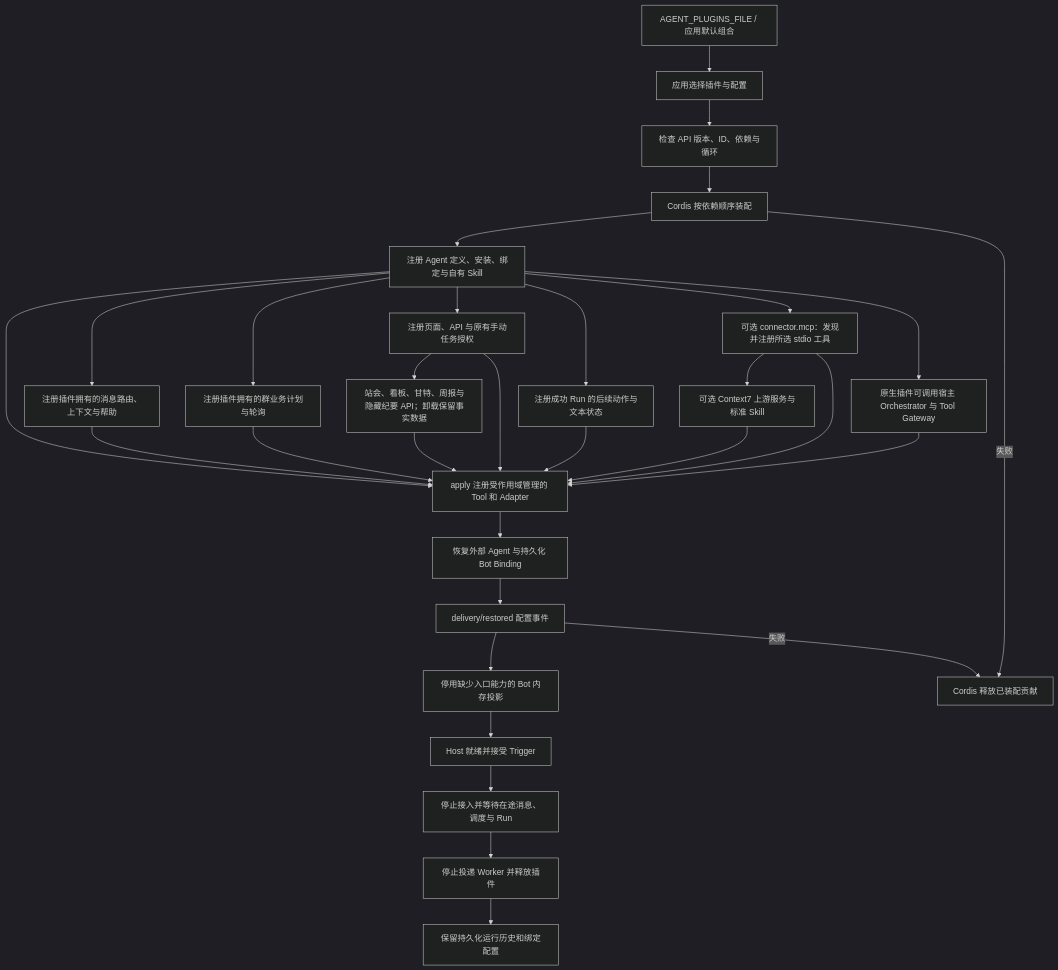
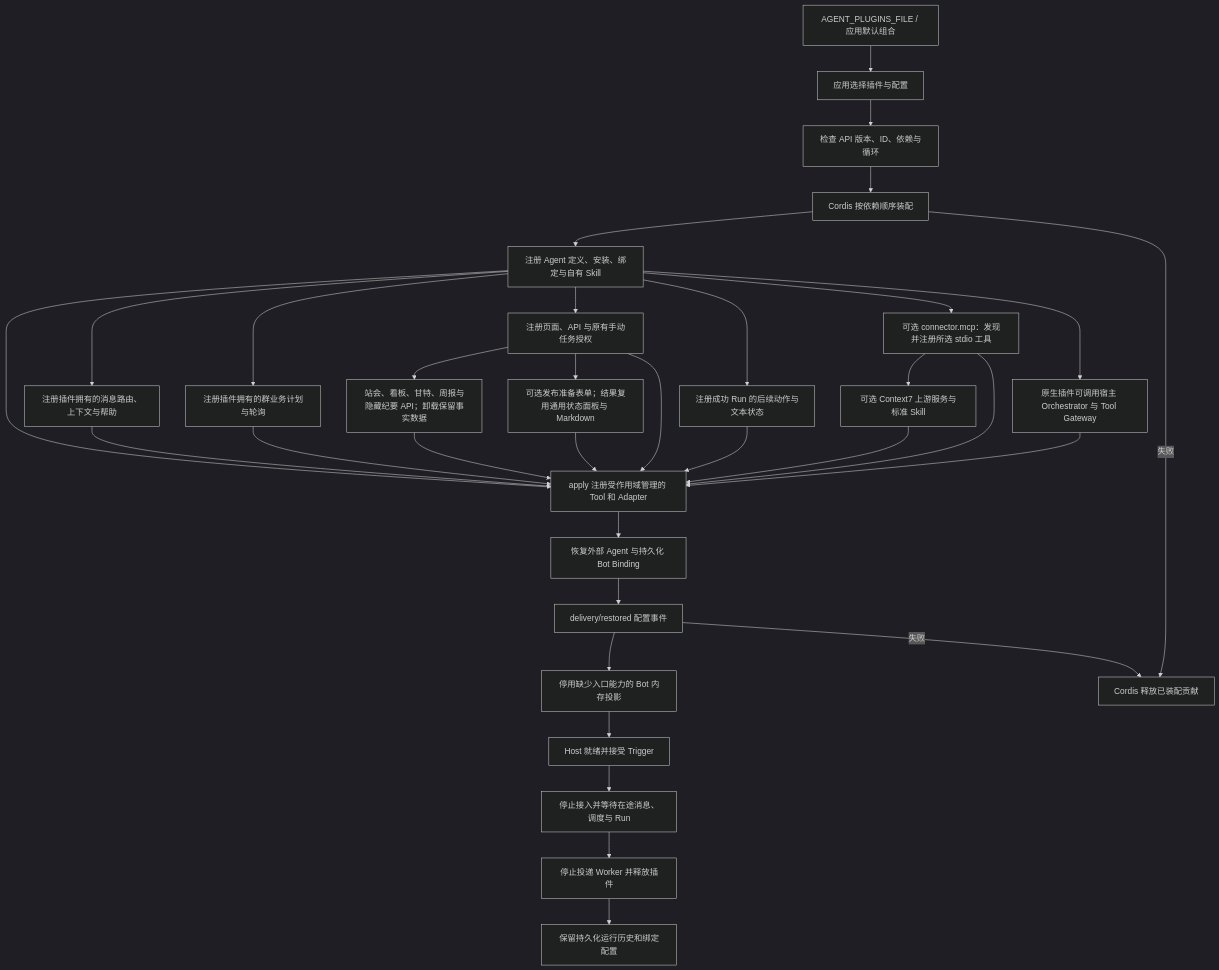
The diagram in backend/src/platform/plugins/FEATURE.md (KlayPeter/AI-Delivery-Ops-Agent), drawn with Mermaid (dark theme) before and after one commit. The commit also changed other lines of this file and 22 other files, not shown here.

````diff
--- a/backend/src/platform/plugins/FEATURE.md
+++ b/backend/src/platform/plugins/FEATURE.md
@@ -21,33 +21,35 @@
 ```mermaid
 flowchart TD
     Y[AGENT_PLUGINS_FILE / 应用默认组合] --> A[应用选择插件与配置]
     A --> B[检查 API 版本、ID、依赖与循环]
     B --> C[Cordis 按依赖顺序装配]
     C --> D[注册 Agent 定义、安装、绑定与自有 Skill]
     D --> E[apply 注册受作用域管理的 Tool 和 Adapter]
     D --> MR[注册插件拥有的消息路由、上下文与帮助]
     MR --> E
     D --> SJ[注册插件拥有的群业务计划与轮询]
     SJ --> E
     D --> WEB[注册页面、API 与原有手动任务授权]
     WEB --> VIS[站会、看板、甘特、周报与隐藏纪要 API；卸载保留事实数据]
     VIS --> E
+    WEB --> RELEASE[可选发布准备表单；结果复用通用状态面板与 Markdown]
+    RELEASE --> E
     WEB --> E
     D --> RA[注册成功 Run 的后续动作与文本状态]
     RA --> E
     D --> MCP[可选 connector.mcp：发现并注册所选 stdio 工具]
     MCP --> C7[可选 Context7 上游服务与标准 Skill]
     C7 --> E
     MCP --> E
     D --> NS[原生插件可调用宿主 Orchestrator 与 Tool Gateway]
     NS --> E
     E --> F[恢复外部 Agent 与持久化 Bot Binding]
     F --> G[delivery/restored 配置事件]
     G --> H[停用缺少入口能力的 Bot 内存投影]
     H --> I[Host 就绪并接受 Trigger]
     C -- 失败 --> X[Cordis 释放已装配贡献]
     G -- 失败 --> X
     I --> J[停止接入并等待在途消息、调度与 Run]
     J --> K[停止投递 Worker 并释放插件]
     K --> L[保留持久化运行历史和绑定配置]
 ```
````
